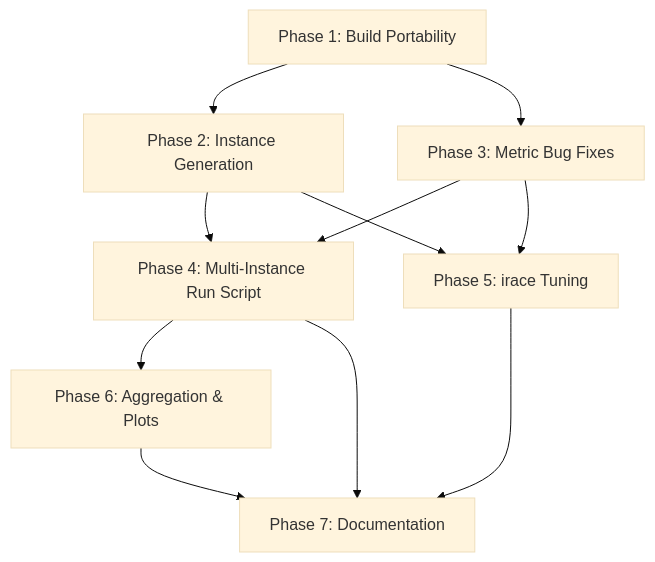
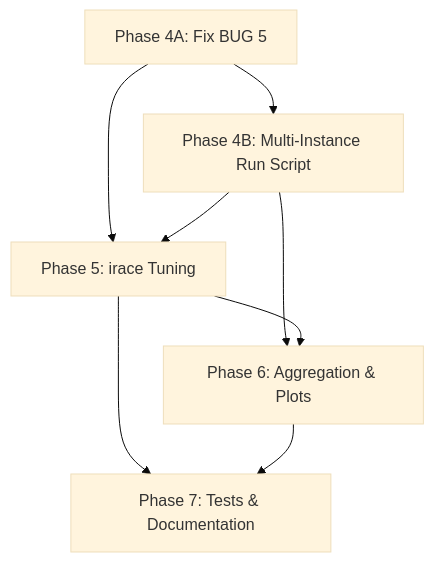
The diagram in docs/implementation_plan.md (luishpmendes/mopop), drawn with Mermaid (base theme) before and after one commit. The commit also changed other lines of this file and 1 other file, not shown here.

````diff
--- a/docs/implementation_plan.md
+++ b/docs/implementation_plan.md
@@ -606,13 +535,10 @@
 ```mermaid
 graph TD
-    P1[Phase 1: Build Portability] --> P2[Phase 2: Instance Generation]
-    P1 --> P3[Phase 3: Metric Bug Fixes]
-    P2 --> P4[Phase 4: Multi-Instance Run Script]
-    P3 --> P4
-    P2 --> P5[Phase 5: irace Tuning]
-    P3 --> P5
-    P4 --> P6[Phase 6: Aggregation & Plots]
-    P4 --> P7[Phase 7: Documentation]
-    P5 --> P7
+    P4A["Phase 4A: Fix BUG 5"] --> P4B["Phase 4B: Multi-Instance Run Script"]
+    P4A --> P5["Phase 5: irace Tuning"]
+    P4B --> P5
+    P4B --> P6["Phase 6: Aggregation & Plots"]
+    P5 --> P6
+    P5 --> P7["Phase 7: Tests & Documentation"]
     P6 --> P7
 ```
````
